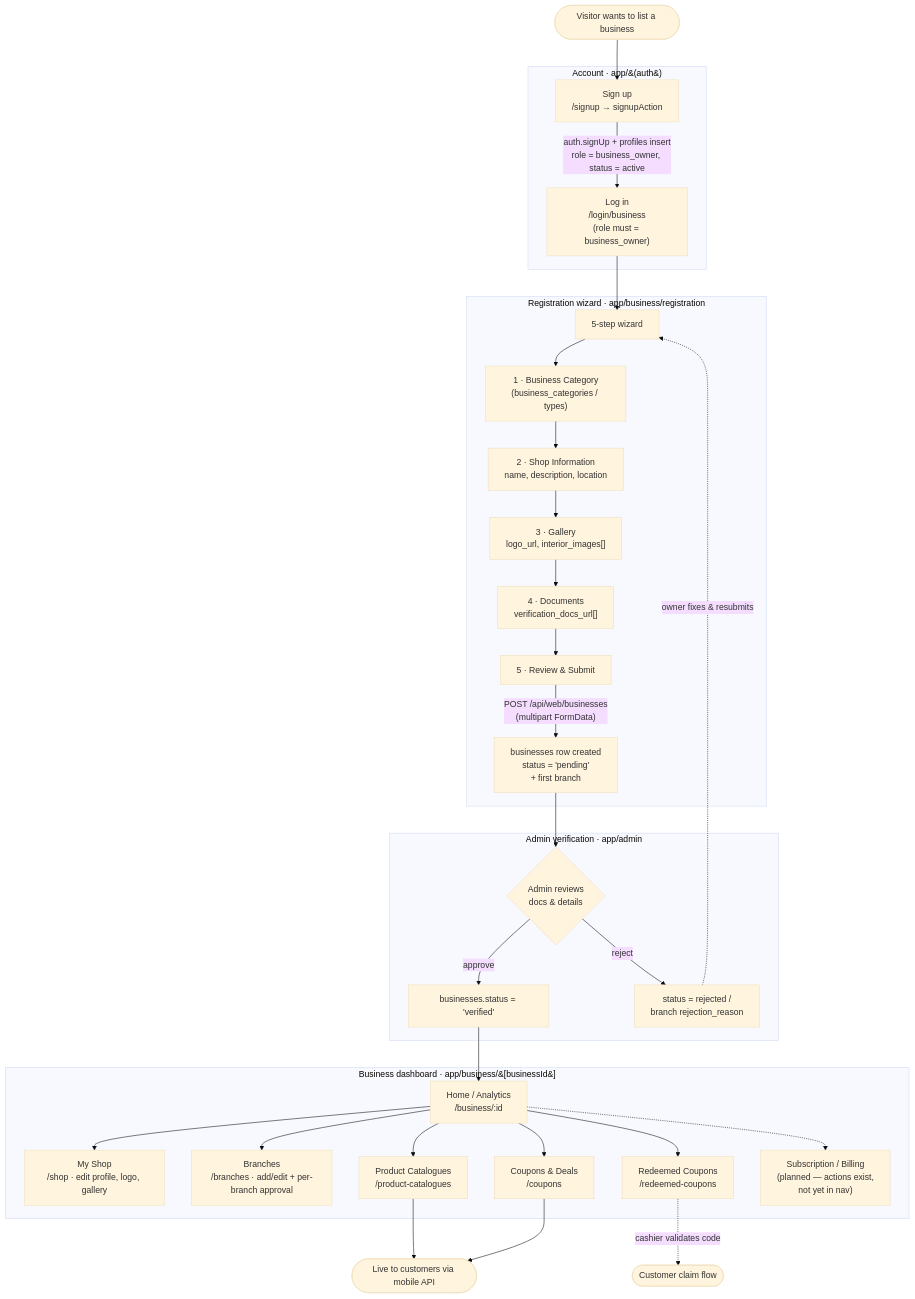
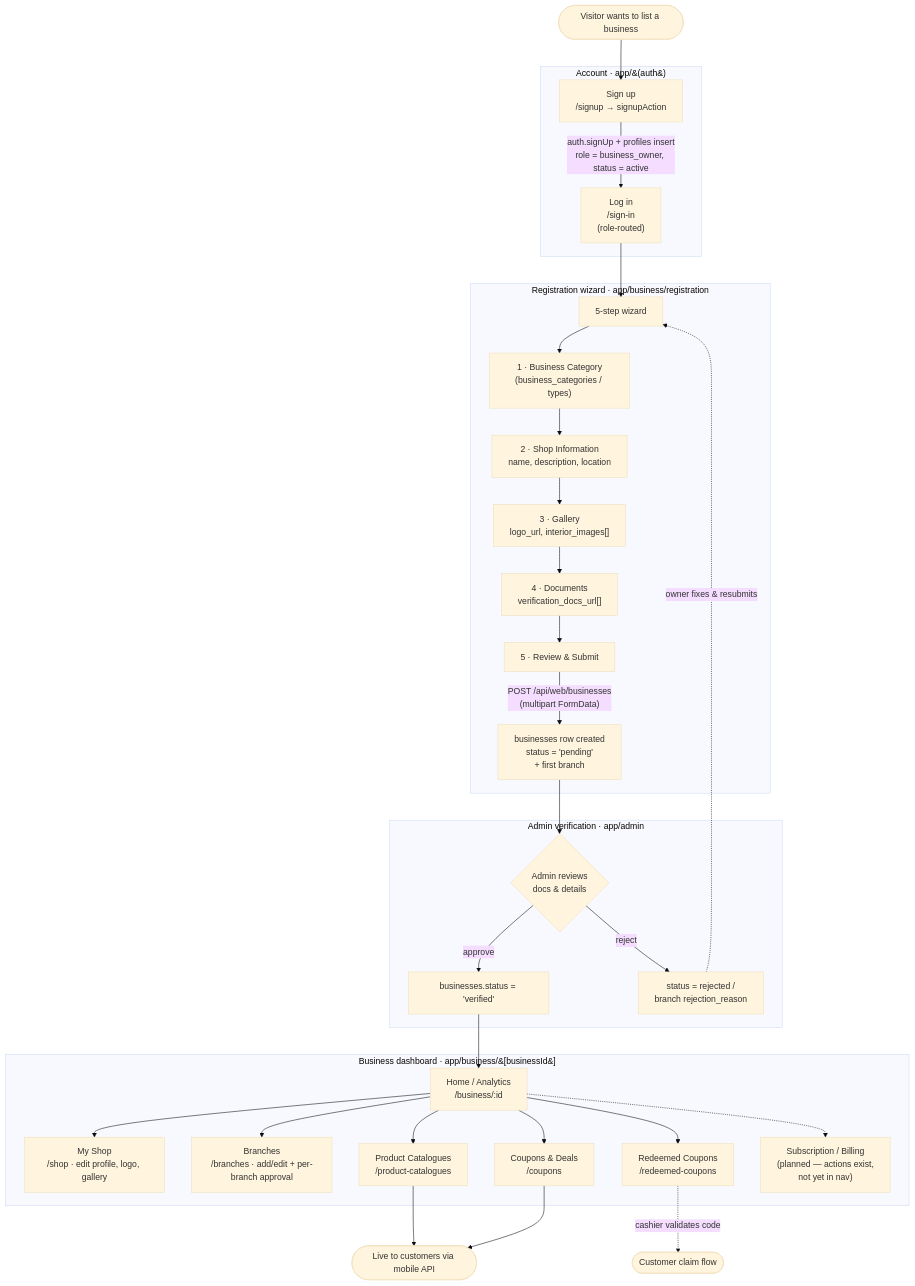
One commit to velquortech/ilokal-web changed the first of 2 diagrams in .claude/docs/business-owner-flow.md. Above: the diagram before and after it, drawn with Mermaid (base theme). The commit also changed other lines of this file and 9 other files, not shown here.

````diff
--- a/.claude/docs/business-owner-flow.md
+++ b/.claude/docs/business-owner-flow.md
@@ -26,50 +26,50 @@
 ```mermaid
 flowchart TD
     Start([Visitor wants to list a business]) --> Signup
 
     subgraph ACCOUNT [Account · app/&#40;auth&#41;]
         Signup["Sign up<br/>/signup → signupAction"]
         Signup -->|"auth.signUp + profiles insert<br/>role = business_owner, status = active"| Login
-        Login["Log in<br/>/login/business<br/>(role must = business_owner)"]
+        Login["Log in<br/>/sign-in<br/>(role-routed)"]
     end
 
     Login --> RegWizard
 
     subgraph REG [Registration wizard · app/business/registration]
         RegWizard["5-step wizard"]
         S1["1 · Business Category<br/>(business_categories / types)"]
         S2["2 · Shop Information<br/>name, description, location"]
         S3["3 · Gallery<br/>logo_url, interior_images[]"]
         S4["4 · Documents<br/>verification_docs_url[]"]
         S5["5 · Review & Submit"]
         RegWizard --> S1 --> S2 --> S3 --> S4 --> S5
         S5 -->|"POST /api/web/businesses<br/>(multipart FormData)"| Submitted
         Submitted["businesses row created<br/>status = 'pending'<br/>+ first branch"]
     end
 
     Submitted --> AdminReview
 
     subgraph ADMINREVIEW [Admin verification · app/admin]
         AdminReview{"Admin reviews<br/>docs & details"}
         AdminReview -->|approve| Verified["businesses.status = 'verified'"]
         AdminReview -->|reject| Rejected["status = rejected /<br/>branch rejection_reason"]
     end
 
     Rejected -.->|owner fixes & resubmits| RegWizard
     Verified --> Dashboard
 
     subgraph DASH [Business dashboard · app/business/&#91;businessId&#93;]
         Dashboard["Home / Analytics<br/>/business/:id"]
         Dashboard --> Shop["My Shop<br/>/shop · edit profile, logo, gallery"]
         Dashboard --> Branches["Branches<br/>/branches · add/edit + per-branch approval"]
         Dashboard --> Products["Product Catalogues<br/>/product-catalogues"]
         Dashboard --> Coupons["Coupons & Deals<br/>/coupons"]
         Dashboard --> Redeemed["Redeemed Coupons<br/>/redeemed-coupons"]
         Dashboard -.-> Billing["Subscription / Billing<br/>(planned — actions exist,<br/>not yet in nav)"]
     end
 
     Products --> PublicFeed
     Coupons --> PublicFeed
     PublicFeed([Live to customers via mobile API])
     Redeemed -.->|cashier validates code| ClaimFlow([Customer claim flow])
 ```
````
